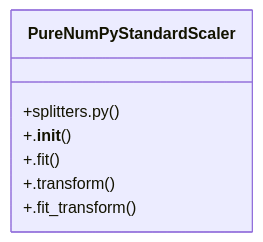
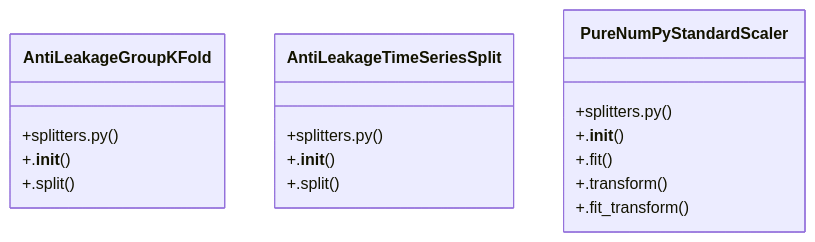
Before and after one commit to FY72X9/is_ai-vuln: the diagram in graphify-out/wiki/Community_2.md, drawn with Mermaid. The commit also changed other lines of this file and 69 other files, not shown here.

Commit message:
update graph knowledge

````diff
--- a/graphify-out/wiki/Community_2.md
+++ b/graphify-out/wiki/Community_2.md
@@ -24,10 +36,20 @@
 ```mermaid
 classDiagram
+    class AntiLeakageGroupKFold {
+        +splitters.py()
+        +.__init__()
+        +.split()
+    }
+    class AntiLeakageTimeSeriesSplit {
+        +splitters.py()
+        +.__init__()
+        +.split()
+    }
     class PureNumPyStandardScaler {
         +splitters.py()
         +.__init__()
         +.fit()
         +.transform()
         +.fit_transform()
     }
 ```
````
